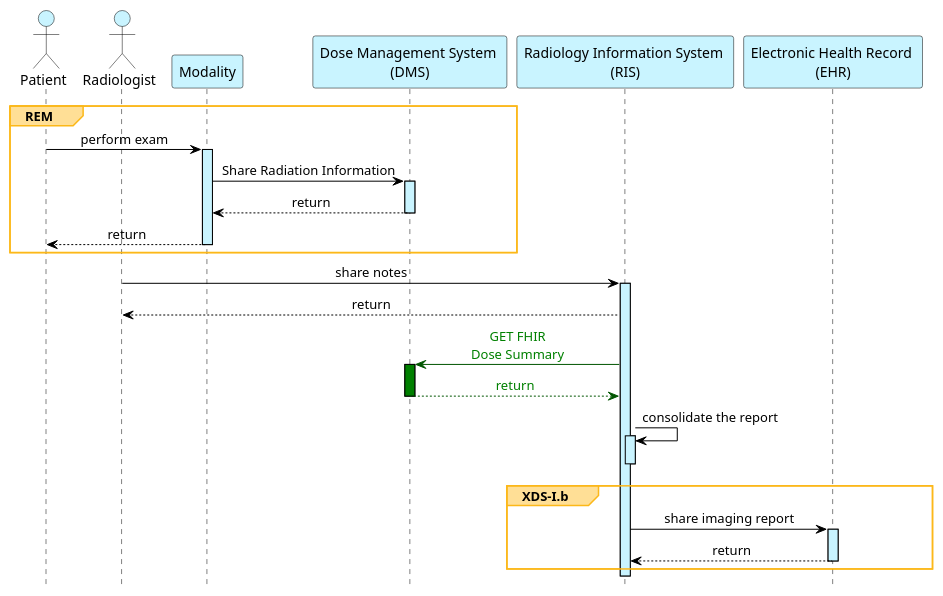
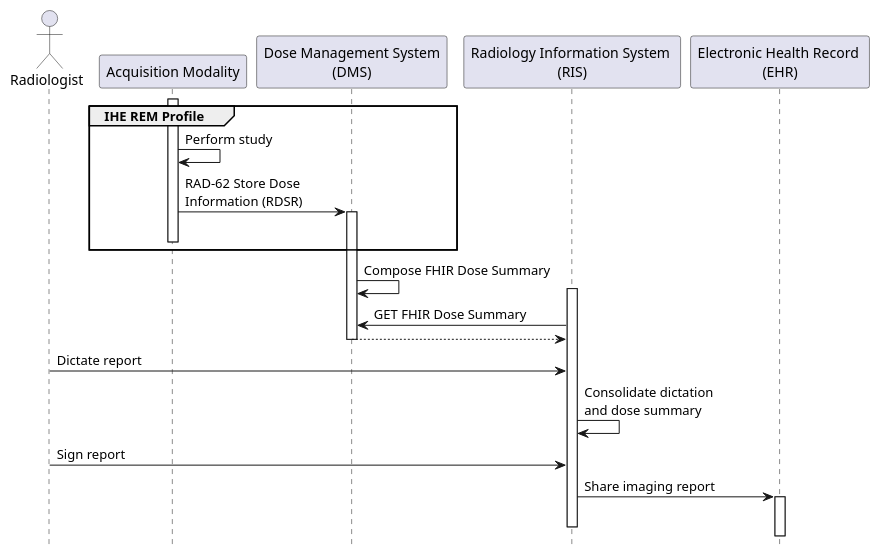
One commit to HL7/fhir-radiation-dose-summary-ig changed the diagram in input/images-source/usecase1.plantuml. Above: the diagram before and after it, drawn with PlantUML. The commit also changed 31 other files, not shown here.

```diff
--- a/input/images-source/usecase1.plantuml
+++ b/input/images-source/usecase1.plantuml
@@ -1,59 +1,31 @@
 @startuml usecase1
 hide footbox
-skinparam sequenceMessageAlign center
-skinparam sequenceGroupBackgroundColor #ffdf96
-skinparam sequenceGroupBorderColor #fcb819
 
-skinparam sequence {
-ArrowColor Black
-LifeLineBorderColor Black
-ActorFontColor Black
-ActorBorderColor Black
-ParticipantBorderColor Black
-ParticipantBackgroundColor #c9f4ff
-ActorBackgroundColor #c9f4ff
-}
-
-actor Patient
 actor Radiologist
-participant "Modality" as Modality
-participant "Dose Management System \n(DMS)" as DMS
+participant "Acquisition Modality" as Modality
+participant "Dose Management System\n(DMS)" as DMS
 participant "Radiology Information System \n(RIS)" as RIS
 participant "Electronic Health Record \n(EHR)" as EHR
 
-group REM 
-  Patient -> Modality : perform exam
-  activate Modality #c9f4ff
-
-  Modality -> DMS : Share Radiation Information
-  activate DMS  #c9f4ff
-  DMS --> Modality : return
-  deactivate DMS
-  Modality --> Patient: return
+group IHE REM Profile
+  activate Modality
+  Modality -> Modality : Perform study
+  Modality -> DMS : RAD-62 Store Dose\nInformation (RDSR)
+  activate DMS 
   deactivate Modality
 end
 
-
-Radiologist -> RIS: share notes
-activate RIS #c9f4ff
-RIS --> Radiologist: return
-
-
-RIS -[#005500]> DMS : <font color=green>GET FHIR\n<font color=green>Dose Summary 
-activate DMS #green
-DMS --[#005500]> RIS : <font color=green>return
+DMS -> DMS : Compose FHIR Dose Summary
+activate RIS
+RIS -> DMS : GET FHIR Dose Summary 
+DMS --> RIS:
 deactivate DMS
 
-RIS -> RIS : consolidate the report
-activate RIS #c9f4ff
+Radiologist -> RIS: Dictate report
+RIS -> RIS : Consolidate dictation\nand dose summary
+Radiologist -> RIS: Sign report
+RIS -> EHR : Share imaging report
+activate EHR
 deactivate RIS
 
-group XDS-I.b
-   RIS -> EHR : share imaging report
-   activate EHR #c9f4ff
-   EHR --> RIS : return 
-   deactivate EHR
-end
-
-deactivate RIS
 @enduml
```
